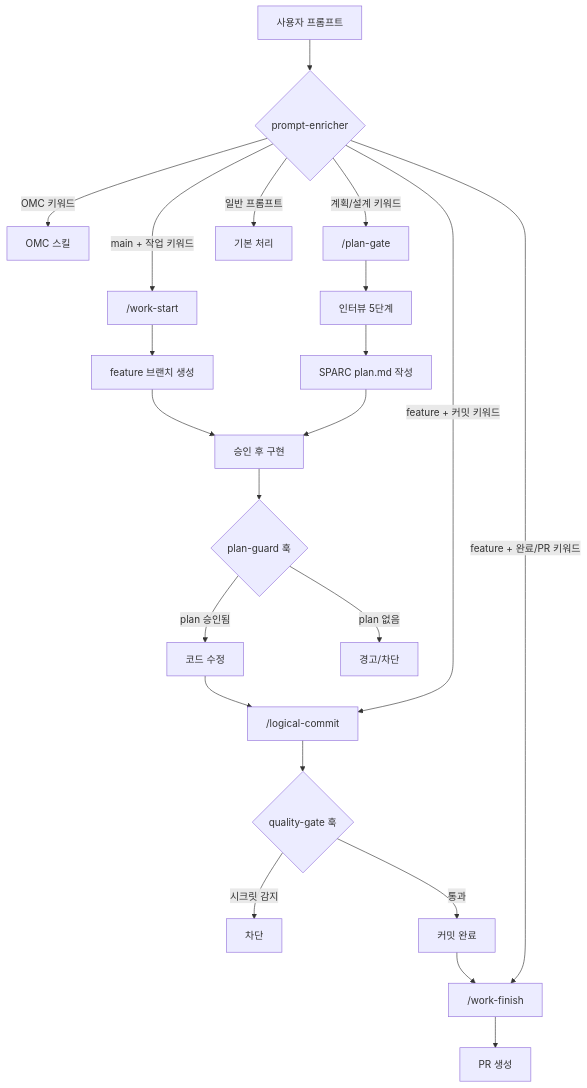
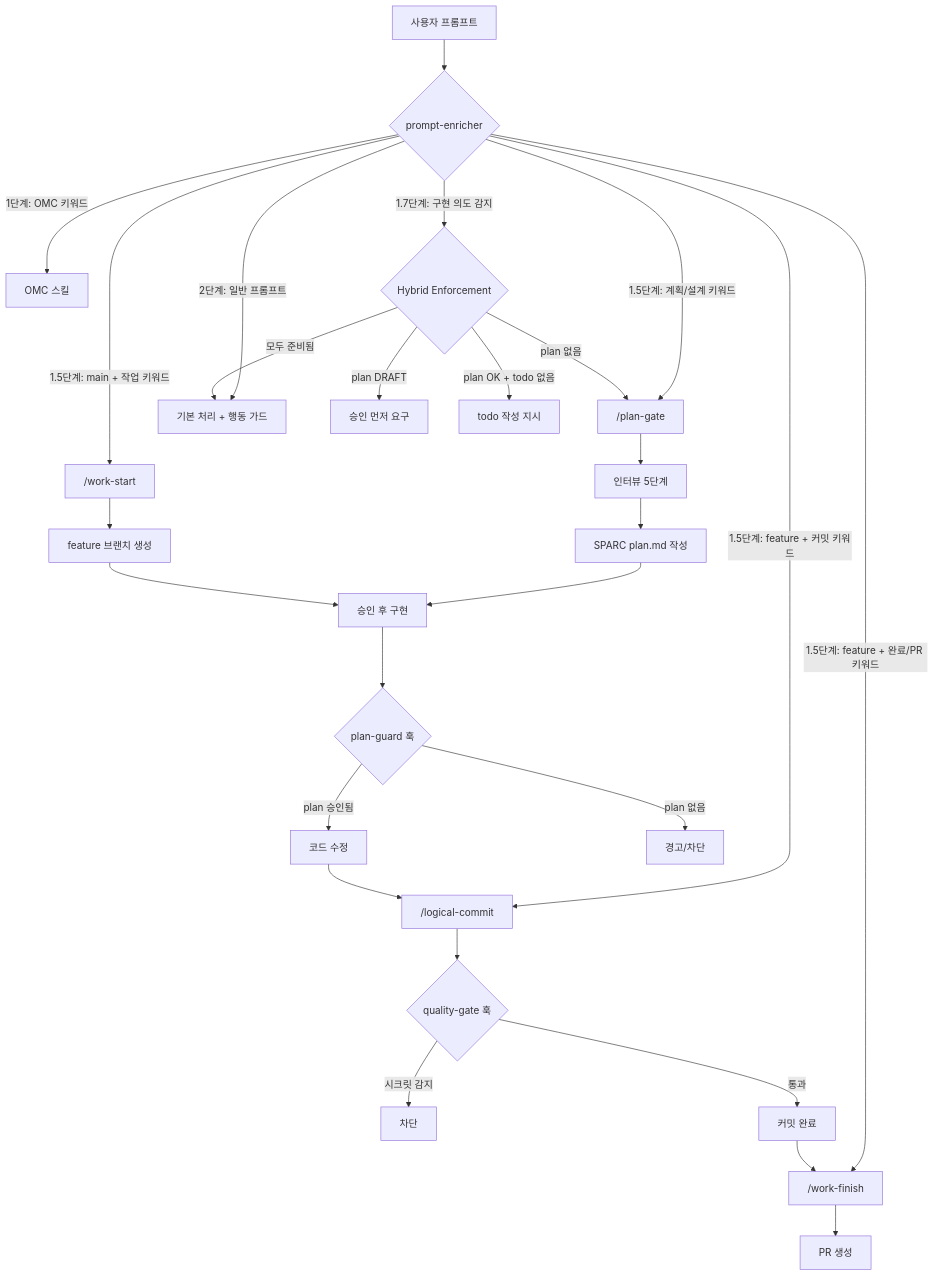
Before and after one commit to skdkfk8758/carpdm_harness: the diagram in README.md, drawn with Mermaid. The commit also changed other lines of this file and 30 other files, not shown here.

First line of the commit message:
feat: add behavioral guard and hybrid enforcement (G1-G5) (#32)

````diff
--- a/README.md
+++ b/README.md
@@ -179,29 +179,35 @@
 ```mermaid
 flowchart TD
     A[사용자 프롬프트] --> B{prompt-enricher}
-    B -->|OMC 키워드| C[OMC 스킬]
-    B -->|계획/설계 키워드| D["/plan-gate"]
-    B -->|main + 작업 키워드| E["/work-start"]
-    B -->|feature + 완료/PR 키워드| F["/work-finish"]
-    B -->|feature + 커밋 키워드| G["/logical-commit"]
-    B -->|일반 프롬프트| H[기본 처리]
+    B -->|1단계: OMC 키워드| C[OMC 스킬]
+    B -->|1.5단계: 계획/설계 키워드| D["/plan-gate"]
+    B -->|1.5단계: main + 작업 키워드| E["/work-start"]
+    B -->|1.5단계: feature + 완료/PR 키워드| F["/work-finish"]
+    B -->|1.5단계: feature + 커밋 키워드| G["/logical-commit"]
+    B -->|1.7단계: 구현 의도 감지| HE{Hybrid Enforcement}
+    B -->|2단계: 일반 프롬프트| H[기본 처리 + 행동 가드]
+
+    HE -->|plan 없음| D
+    HE -->|plan DRAFT| WARN1[승인 먼저 요구]
+    HE -->|plan OK + todo 없음| WARN2[todo 작성 지시]
+    HE -->|모두 준비됨| H
 
     D --> I[인터뷰 5단계]
     I --> J[SPARC plan.md 작성]
     J --> K[승인 후 구현]
 
     E --> L[feature 브랜치 생성]
     L --> K
 
     K --> M{plan-guard 훅}
     M -->|plan 승인됨| N[코드 수정]
     M -->|plan 없음| O[경고/차단]
 
     N --> G
     G --> P{quality-gate 훅}
     P -->|시크릿 감지| Q[차단]
     P -->|통과| R[커밋 완료]
 
     R --> F
     F --> S[PR 생성]
 ```
````
